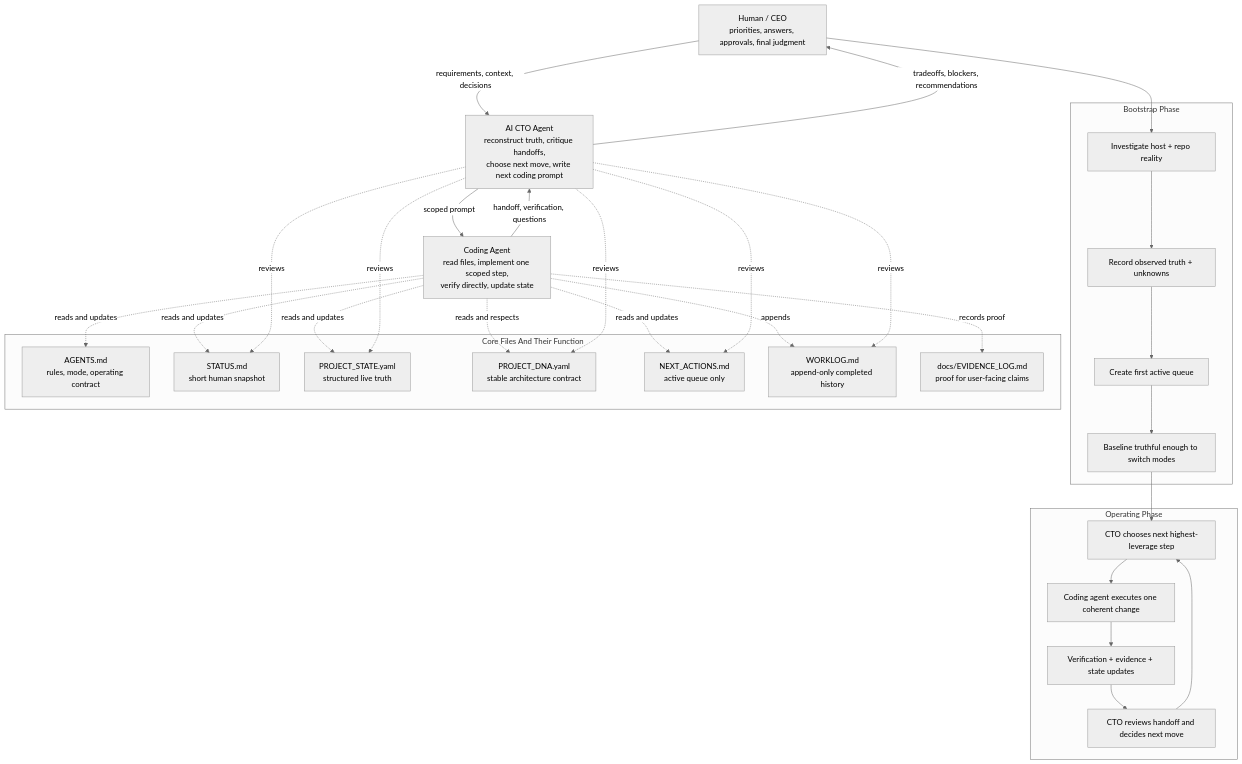
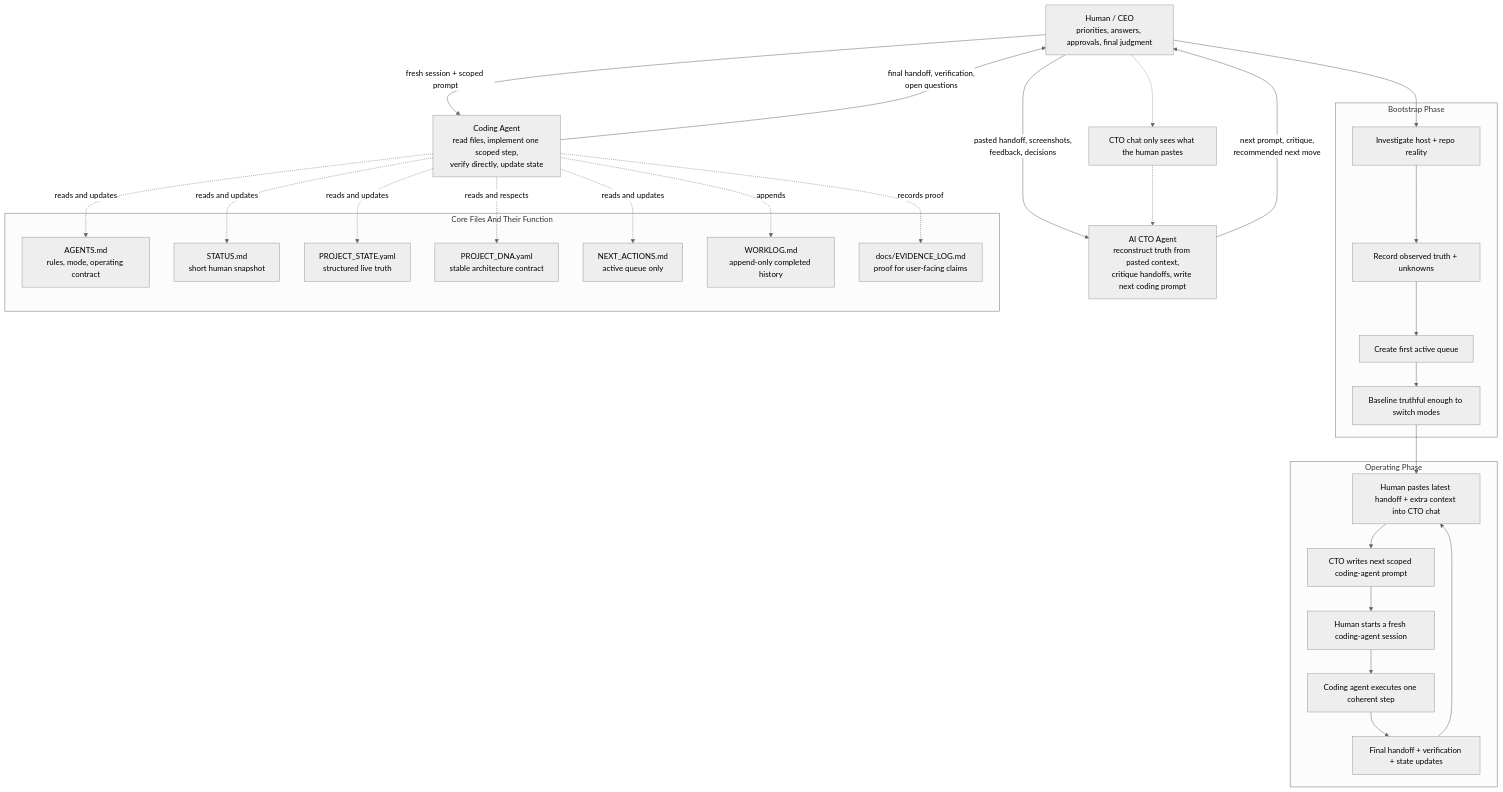
Before and after one commit to lennertvhoy/ProjectState_Template: the diagram in README.md, drawn with Mermaid (neutral theme). The commit also changed other lines of this file and 22 other files, not shown here.

````diff
--- a/README.md
+++ b/README.md
@@ -148,54 +179,53 @@
 ```mermaid
 flowchart TD
     H[Human / CEO<br/>priorities, answers, approvals, final judgment]
-    CTO[AI CTO Agent<br/>reconstruct truth, critique handoffs,<br/>choose next move, write next coding prompt]
+    CTO[AI CTO Agent<br/>reconstruct truth from pasted context,<br/>critique handoffs, write next coding prompt]
     CA[Coding Agent<br/>read files, implement one scoped step,<br/>verify directly, update state]
+    NOTE[CTO chat only sees what the human pastes]
 
     subgraph Bootstrap["Bootstrap Phase"]
         B1[Investigate host + repo reality]
         B2[Record observed truth + unknowns]
         B3[Create first active queue]
         B4[Baseline truthful enough to switch modes]
         B1 --> B2 --> B3 --> B4
     end
 
     subgraph Operating["Operating Phase"]
-        O1[CTO chooses next highest-leverage step]
-        O2[Coding agent executes one coherent change]
-        O3[Verification + evidence + state updates]
-        O4[CTO reviews handoff and decides next move]
-        O1 --> O2 --> O3 --> O4 --> O1
+        O1[Human pastes latest handoff + extra context into CTO chat]
+        O2[CTO writes next scoped coding-agent prompt]
+        O3[Human starts a fresh coding-agent session]
+        O4[Coding agent executes one coherent step]
+        O5[Final handoff + verification + state updates]
+        O1 --> O2 --> O3 --> O4 --> O5 --> O1
     end
 
     subgraph Files["Core Files And Their Function"]
         AG[AGENTS.md<br/>rules, mode, operating contract]
         ST[STATUS.md<br/>short human snapshot]
         PS[PROJECT_STATE.yaml<br/>structured live truth]
         PD[PROJECT_DNA.yaml<br/>stable architecture contract]
         NA[NEXT_ACTIONS.md<br/>active queue only]
         WL[WORKLOG.md<br/>append-only completed history]
         EV[docs/EVIDENCE_LOG.md<br/>proof for user-facing claims]
     end
 
-    H -->|requirements, context, decisions| CTO
-    CTO -->|scoped prompt| CA
-    CA -->|handoff, verification, questions| CTO
-    CTO -->|tradeoffs, blockers, recommendations| H
+    H -->|pasted handoff, screenshots,<br/>feedback, decisions| CTO
+    CTO -->|next prompt, critique,<br/>recommended next move| H
+    H -->|fresh session + scoped prompt| CA
+    CA -->|final handoff, verification,<br/>open questions| H
+    H -.-> NOTE
+    NOTE -.-> CTO
 
     H --> B1
     B4 --> O1
 
     CA -. reads and updates .-> AG
     CA -. reads and updates .-> ST
     CA -. reads and updates .-> PS
     CA -. reads and respects .-> PD
     CA -. reads and updates .-> NA
     CA -. appends .-> WL
     CA -. records proof .-> EV
 
-    CTO -. reviews .-> ST
-    CTO -. reviews .-> PS
-    CTO -. reviews .-> PD
-    CTO -. reviews .-> NA
-    CTO -. reviews .-> WL
 ```
````
